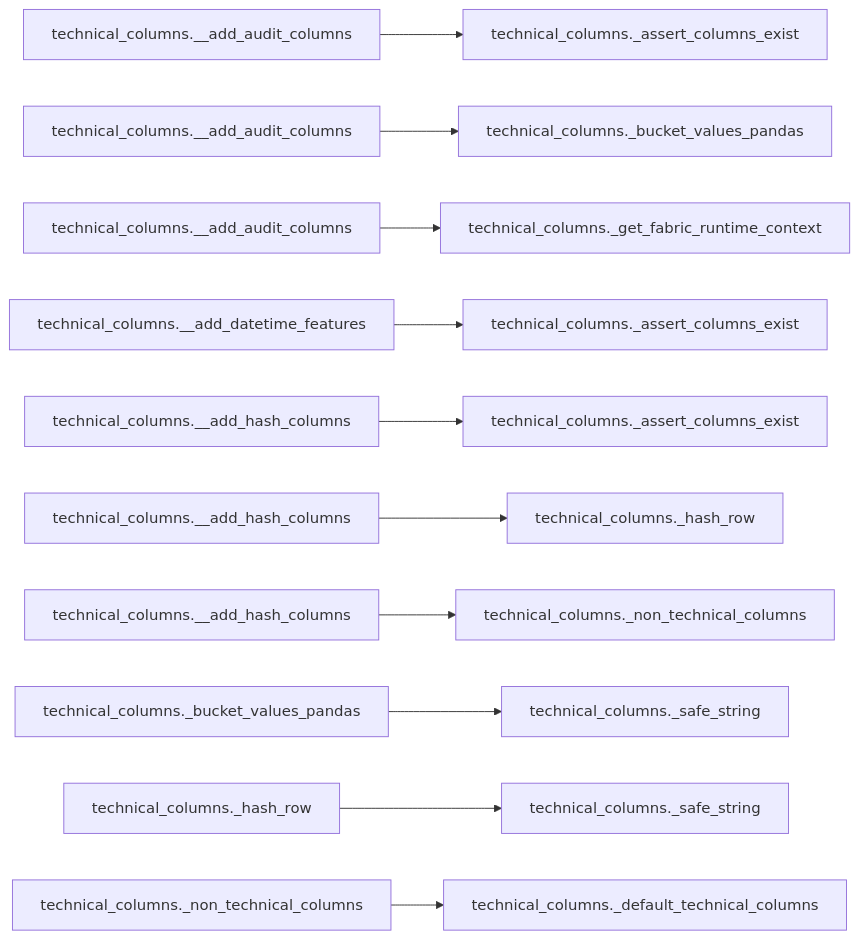
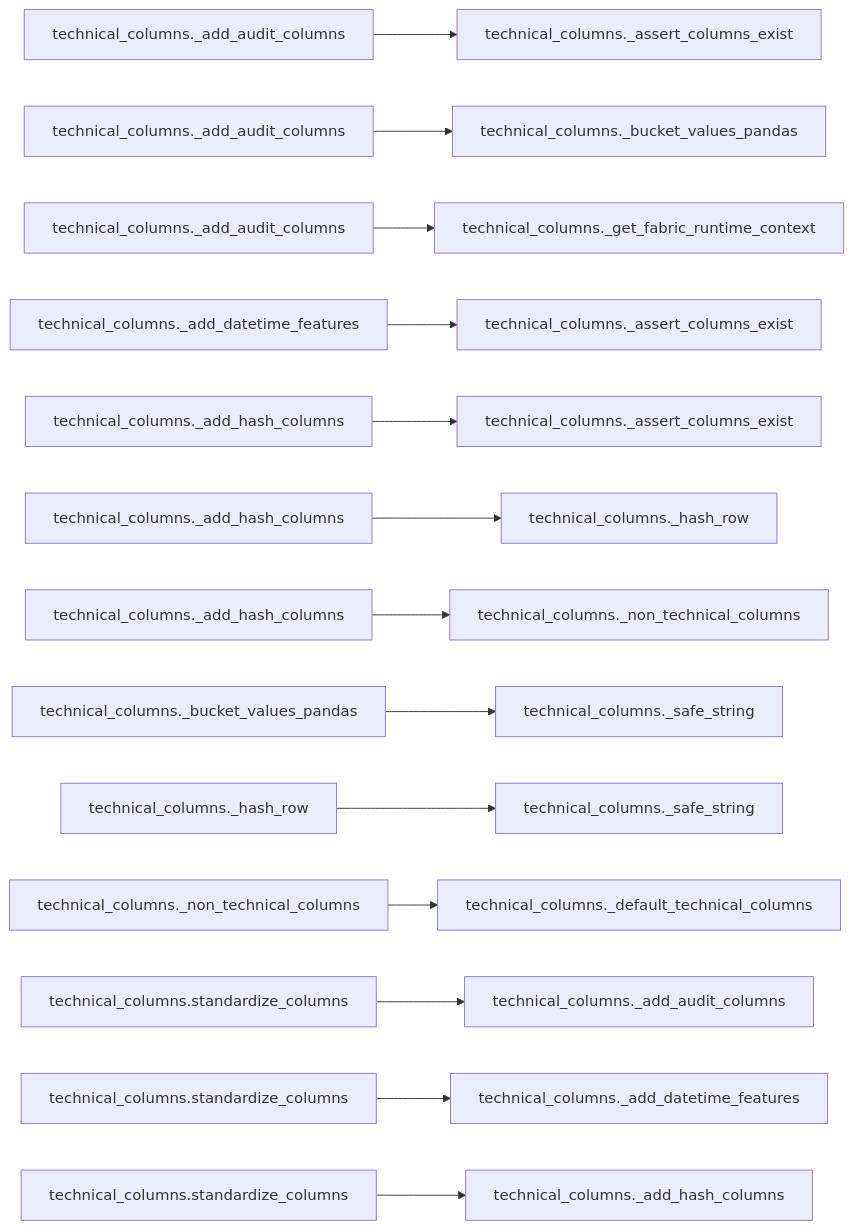
The diagram in docs/api/modules/technical_columns.md (Voycepeh/FabricOps-Starter-Kit), drawn with Mermaid before and after one commit. The commit also changed other lines of this file and 10 other files, not shown here.

````diff
--- a/docs/api/modules/technical_columns.md
+++ b/docs/api/modules/technical_columns.md
@@ -109,13 +109,16 @@
 ```mermaid
 flowchart LR
-  n1["technical_columns.__add_audit_columns"] --> n1b["technical_columns._assert_columns_exist"]
-  n2["technical_columns.__add_audit_columns"] --> n2b["technical_columns._bucket_values_pandas"]
-  n3["technical_columns.__add_audit_columns"] --> n3b["technical_columns._get_fabric_runtime_context"]
-  n4["technical_columns.__add_datetime_features"] --> n4b["technical_columns._assert_columns_exist"]
-  n5["technical_columns.__add_hash_columns"] --> n5b["technical_columns._assert_columns_exist"]
-  n6["technical_columns.__add_hash_columns"] --> n6b["technical_columns._hash_row"]
-  n7["technical_columns.__add_hash_columns"] --> n7b["technical_columns._non_technical_columns"]
+  n1["technical_columns._add_audit_columns"] --> n1b["technical_columns._assert_columns_exist"]
+  n2["technical_columns._add_audit_columns"] --> n2b["technical_columns._bucket_values_pandas"]
+  n3["technical_columns._add_audit_columns"] --> n3b["technical_columns._get_fabric_runtime_context"]
+  n4["technical_columns._add_datetime_features"] --> n4b["technical_columns._assert_columns_exist"]
+  n5["technical_columns._add_hash_columns"] --> n5b["technical_columns._assert_columns_exist"]
+  n6["technical_columns._add_hash_columns"] --> n6b["technical_columns._hash_row"]
+  n7["technical_columns._add_hash_columns"] --> n7b["technical_columns._non_technical_columns"]
   n8["technical_columns._bucket_values_pandas"] --> n8b["technical_columns._safe_string"]
   n9["technical_columns._hash_row"] --> n9b["technical_columns._safe_string"]
   n10["technical_columns._non_technical_columns"] --> n10b["technical_columns._default_technical_columns"]
+  n11["technical_columns.standardize_columns"] --> n11b["technical_columns._add_audit_columns"]
+  n12["technical_columns.standardize_columns"] --> n12b["technical_columns._add_datetime_features"]
+  n13["technical_columns.standardize_columns"] --> n13b["technical_columns._add_hash_columns"]
 ```
````
